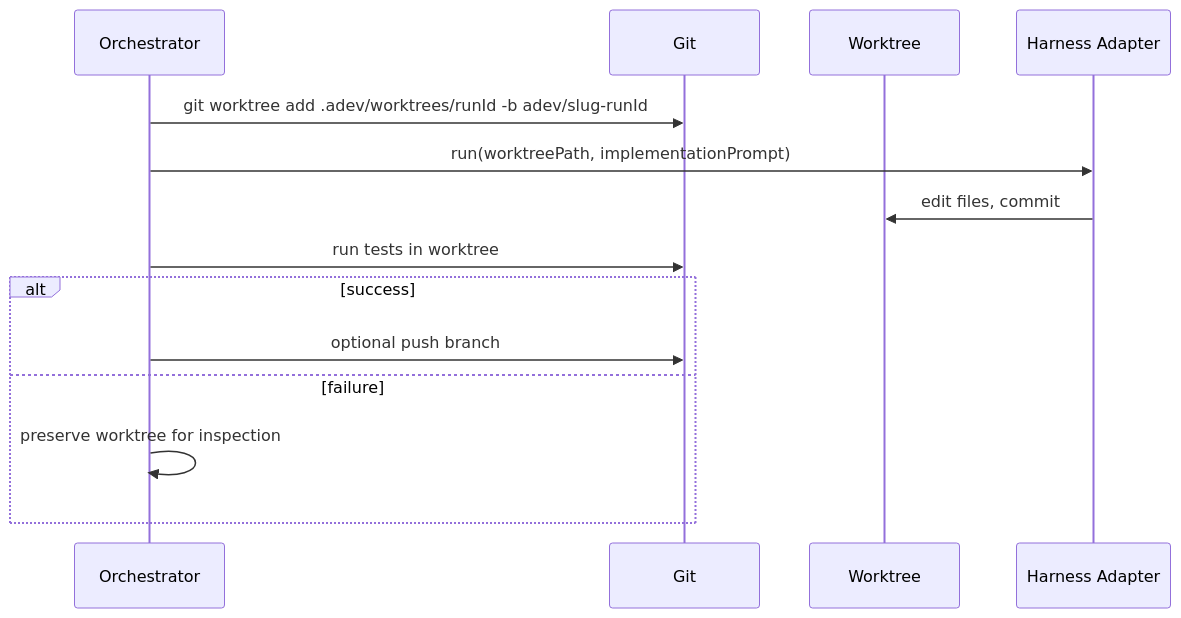
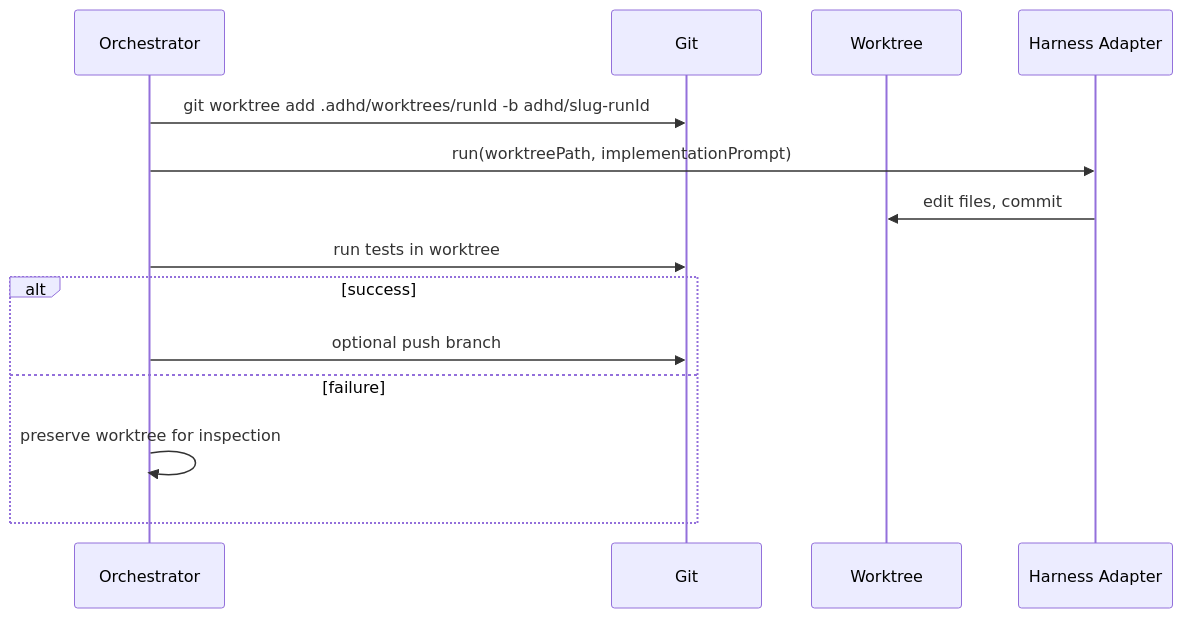
Before and after one commit to smekai/isotopy: the second of 4 diagrams in docs/technical-architecture.md, drawn with Mermaid. The commit also changed other lines of this file and 31 other files, not shown here.

````diff
--- a/docs/technical-architecture.md
+++ b/docs/technical-architecture.md
@@ -246,17 +246,17 @@
 ```mermaid
 sequenceDiagram
     participant Orch as Orchestrator
     participant Git as Git
     participant WT as Worktree
     participant Harness as Harness Adapter
 
-    Orch->>Git: git worktree add .adev/worktrees/runId -b adev/slug-runId
+    Orch->>Git: git worktree add .adhd/worktrees/runId -b adhd/slug-runId
     Orch->>Harness: run(worktreePath, implementationPrompt)
     Harness->>WT: edit files, commit
     Orch->>Git: run tests in worktree
     alt success
         Orch->>Git: optional push branch
     else failure
         Orch->>Orch: preserve worktree for inspection
     end
 ```
````
